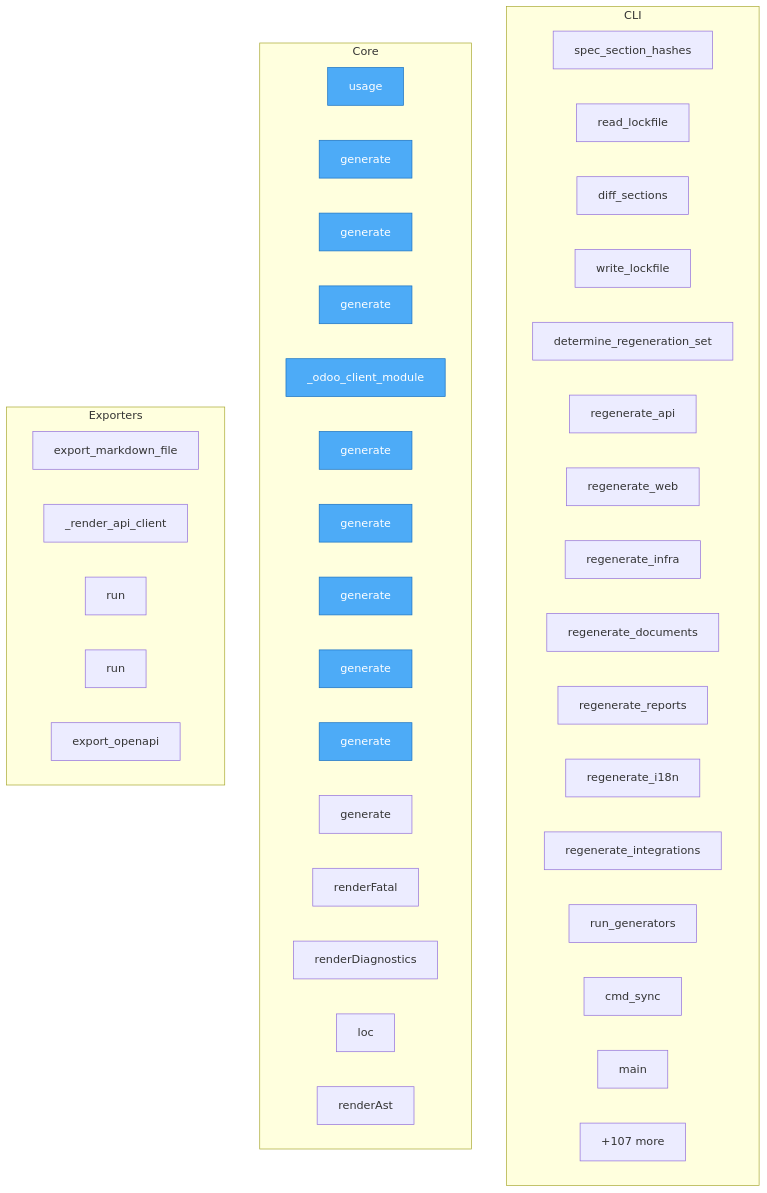
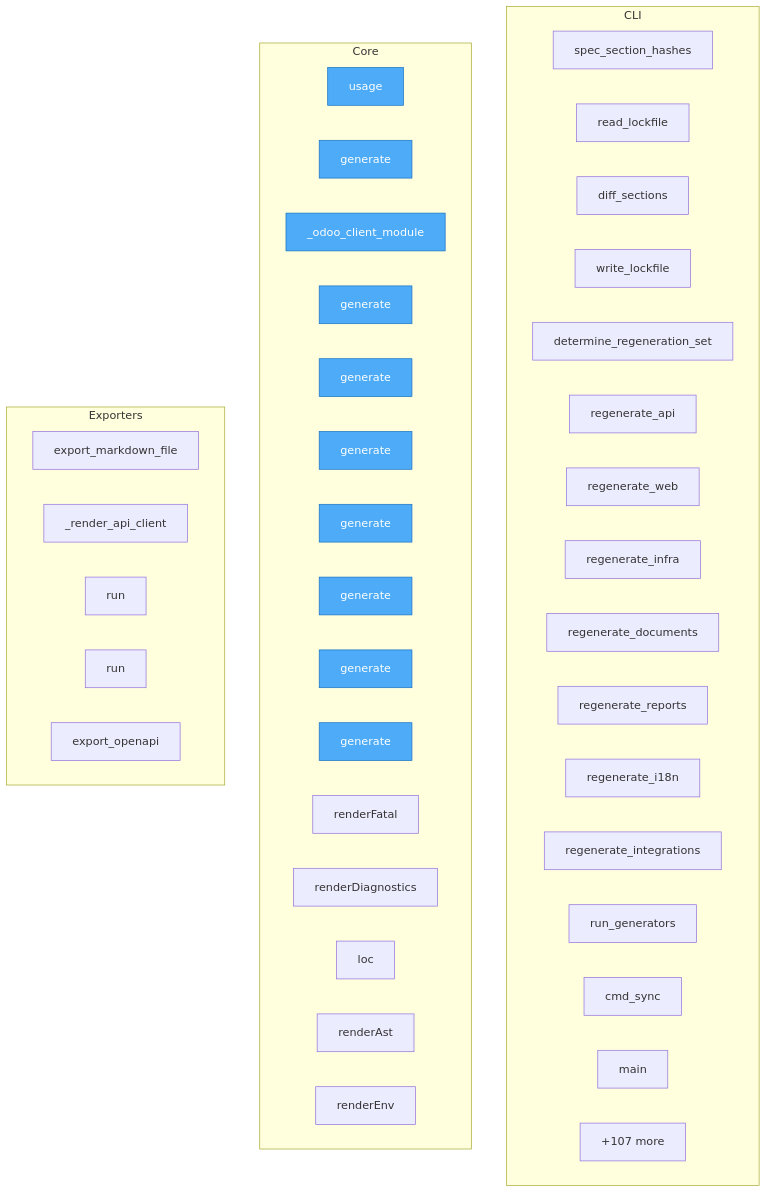
The diagram in project/flow.mmd (oqlos/doql), drawn with Mermaid before and after one commit. The commit also changed 30 other files, not shown here.

```diff
--- a/project/flow.mmd
+++ b/project/flow.mmd
@@ -1,52 +1,52 @@
 flowchart TD
 
     %% Entry points (blue)
     classDef entry fill:#4dabf7,stroke:#1971c2,color:#fff
 
     subgraph CLI
         doql__cli__lockfile__spec_section_hashes["spec_section_hashes"]
         doql__cli__lockfile__read_lockfile["read_lockfile"]
         doql__cli__lockfile__diff_sections["diff_sections"]
         doql__cli__lockfile__write_lockfile["write_lockfile"]
         doql__cli__sync__determine_regeneration_set["determine_regeneration_set"]
         doql__cli__sync__regenerate_api["regenerate_api"]
         doql__cli__sync__regenerate_web["regenerate_web"]
         doql__cli__sync__regenerate_infra["regenerate_infra"]
         doql__cli__sync__regenerate_documents["regenerate_documents"]
         doql__cli__sync__regenerate_reports["regenerate_reports"]
         doql__cli__sync__regenerate_i18n["regenerate_i18n"]
         doql__cli__sync__regenerate_integrations["regenerate_integrations"]
         doql__cli__sync__run_generators["run_generators"]
         doql__cli__sync__cmd_sync["cmd_sync"]
         doql__cli__main__main["main"]
         ...["+26 more"]
     end
 
     subgraph Core
         doql__usage["usage"]
         plugins__doql_plugin_iso17025__doql_plugin_iso17025__traceability__generate["generate"]
-        plugins__doql_plugin_gxp__doql_plugin_gxp__generate["generate"]
-        plugins__doql_plugin_fleet__doql_plugin_fleet__generate["generate"]
         plugins__doql_plugin_erp__doql_plugin_erp___odoo_client_module["_odoo_client_module"]
         plugins__doql_plugin_erp__doql_plugin_erp__generate["generate"]
-        plugins__doql_plugin_iso17025__doql_plugin_iso17025__generate["generate"]
+        plugins__doql_plugin_gxp__doql_plugin_gxp__generate["generate"]
         plugins__doql_plugin_iso17025__doql_plugin_iso17025__certificate__generate["generate"]
         plugins__doql_plugin_iso17025__doql_plugin_iso17025__migration__generate["generate"]
+        plugins__doql_plugin_iso17025__doql_plugin_iso17025__generate["generate"]
+        plugins__doql_plugin_iso17025__doql_plugin_iso17025__drift_monitor__generate["generate"]
         plugins__doql_plugin_iso17025__doql_plugin_iso17025__uncertainty__generate["generate"]
-        plugins__doql_plugin_iso17025__doql_plugin_iso17025__drift_monitor__generate["generate"]
         playground__renderers__renderFatal["renderFatal"]
         playground__renderers__renderDiagnostics["renderDiagnostics"]
         playground__renderers__loc["loc"]
         playground__renderers__renderAst["renderAst"]
+        playground__renderers__renderEnv["renderEnv"]
         ...["+107 more"]
     end
 
     subgraph Exporters
-        doql__exporters__markdown_exporter__export_markdown_file["export_markdown_file"]
-        doql__exporters__css_exporter___render_api_client["_render_api_client"]
+        doql__exporters__markdown__export_markdown_file["export_markdown_file"]
+        doql__exporters__css__renderers___render_api_client["_render_api_client"]
         doql__generators__export_postman__run["run"]
         doql__generators__export_ts_sdk__run["run"]
         doql__generators__api_gen__export_openapi["export_openapi"]
     end
 
-    class doql__usage,plugins__doql_plugin_iso17025__doql_plugin_iso17025__traceability__generate,plugins__doql_plugin_gxp__doql_plugin_gxp__generate,plugins__doql_plugin_fleet__doql_plugin_fleet__generate,plugins__doql_plugin_erp__doql_plugin_erp___odoo_client_module,plugins__doql_plugin_erp__doql_plugin_erp__generate,plugins__doql_plugin_iso17025__doql_plugin_iso17025__generate,plugins__doql_plugin_iso17025__doql_plugin_iso17025__certificate__generate,plugins__doql_plugin_iso17025__doql_plugin_iso17025__migration__generate,plugins__doql_plugin_iso17025__doql_plugin_iso17025__uncertainty__generate entry
+    class doql__usage,plugins__doql_plugin_iso17025__doql_plugin_iso17025__traceability__generate,plugins__doql_plugin_erp__doql_plugin_erp___odoo_client_module,plugins__doql_plugin_erp__doql_plugin_erp__generate,plugins__doql_plugin_gxp__doql_plugin_gxp__generate,plugins__doql_plugin_iso17025__doql_plugin_iso17025__certificate__generate,plugins__doql_plugin_iso17025__doql_plugin_iso17025__migration__generate,plugins__doql_plugin_iso17025__doql_plugin_iso17025__generate,plugins__doql_plugin_iso17025__doql_plugin_iso17025__drift_monitor__generate,plugins__doql_plugin_iso17025__doql_plugin_iso17025__uncertainty__generate entry
```
